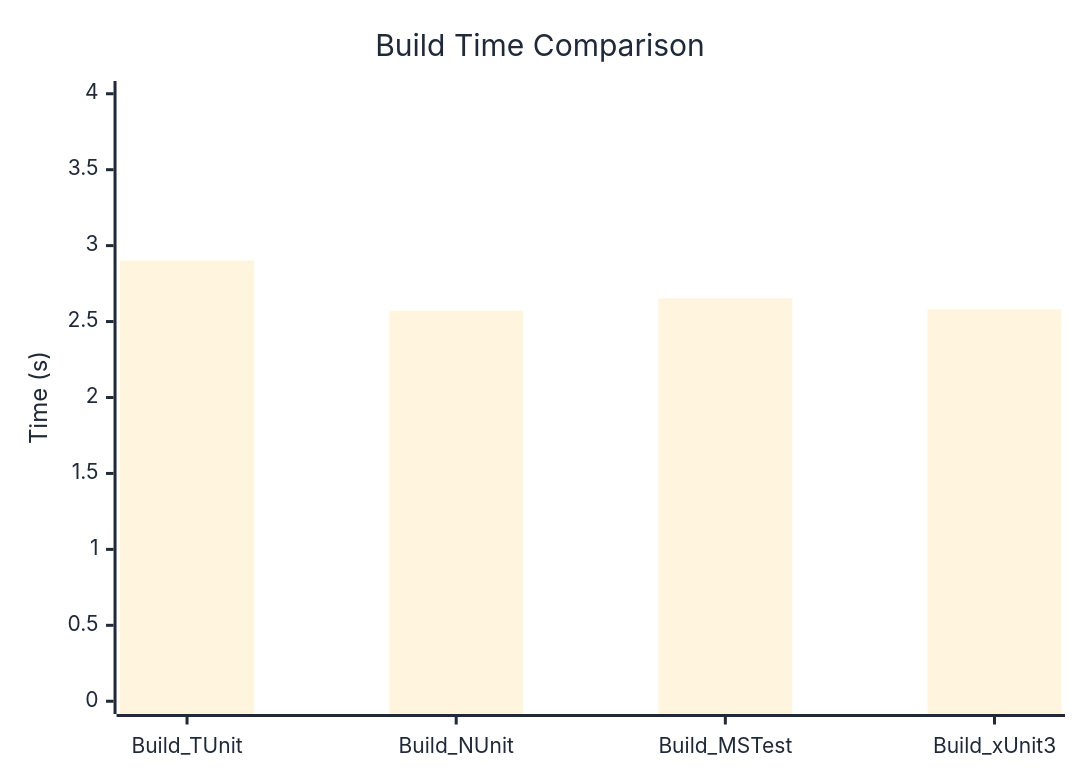
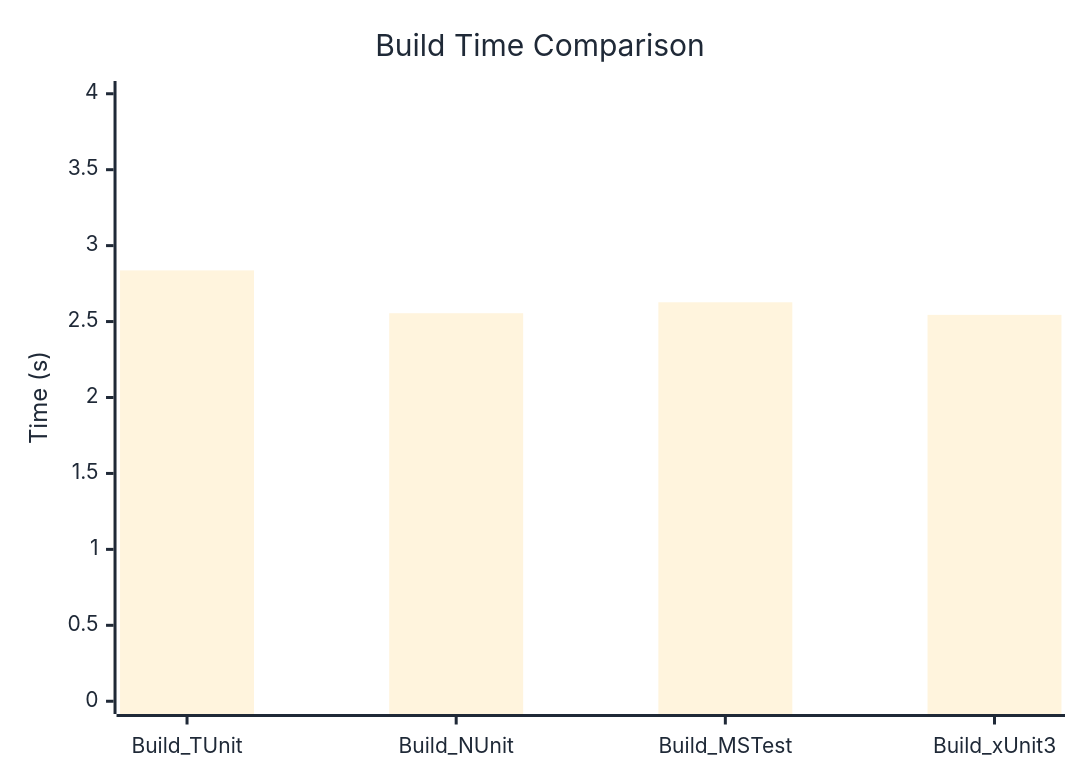
The diagram in docs/docs/benchmarks/BuildTime.md (thomhurst/TUnit), drawn with Mermaid before and after one commit. The commit also changed other lines of this file and 17 other files, not shown here.

````diff
--- a/docs/docs/benchmarks/BuildTime.md
+++ b/docs/docs/benchmarks/BuildTime.md
@@ -28,37 +28,37 @@
 ```mermaid
 %%{init: {
   'theme':'base',
   'themeVariables': {
     'primaryColor': '#2563eb',
     'primaryTextColor': '#1f2937',
     'primaryBorderColor': '#1e40af',
     'lineColor': '#6b7280',
     'secondaryColor': '#7c3aed',
     'tertiaryColor': '#dc2626',
     'background': '#ffffff',
     'mainBkg': '#2563eb',
     'secondBkg': '#7c3aed',
     'tertiaryBkg': '#dc2626',
     'clusterBkg': '#f3f4f6',
     'edgeLabelBackground': '#ffffff',
     'tertiaryTextColor': '#1f2937',
     'pie1': '#2563eb',
     'pie2': '#7c3aed',
     'pie3': '#dc2626',
     'pie4': '#f59e0b',
     'pie5': '#10b981',
     'pie6': '#06b6d4',
     'pie7': '#ec4899',
     'pie8': '#6366f1',
     'pie9': '#84cc16',
     'pie10': '#f97316',
     'pie11': '#14b8a6',
     'pie12': '#a855f7'
   }
 }}%%
 xychart-beta
   title "Build Time Comparison"
   x-axis ["Build_TUnit", "Build_NUnit", "Build_MSTest", "Build_xUnit3"]
   y-axis "Time (s)" 0 --> 4
-  bar [2.901, 2.571, 2.652, 2.58]
+  bar [2.837, 2.555, 2.627, 2.544]
 ```
````
